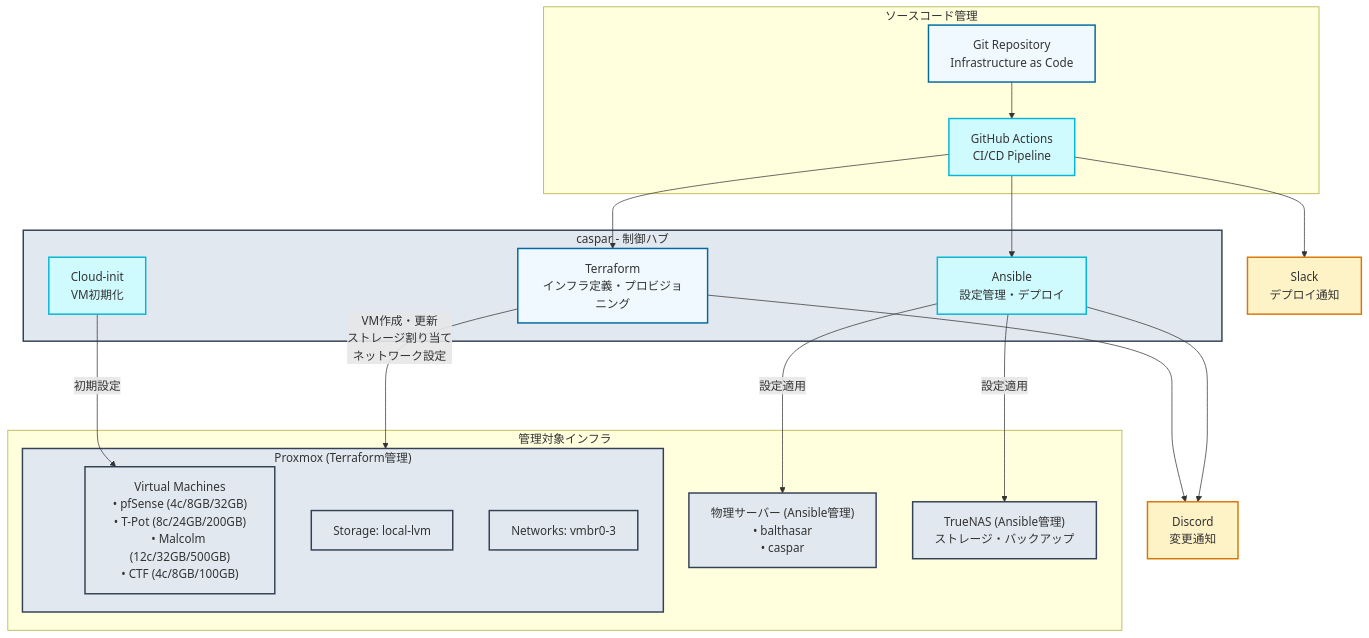
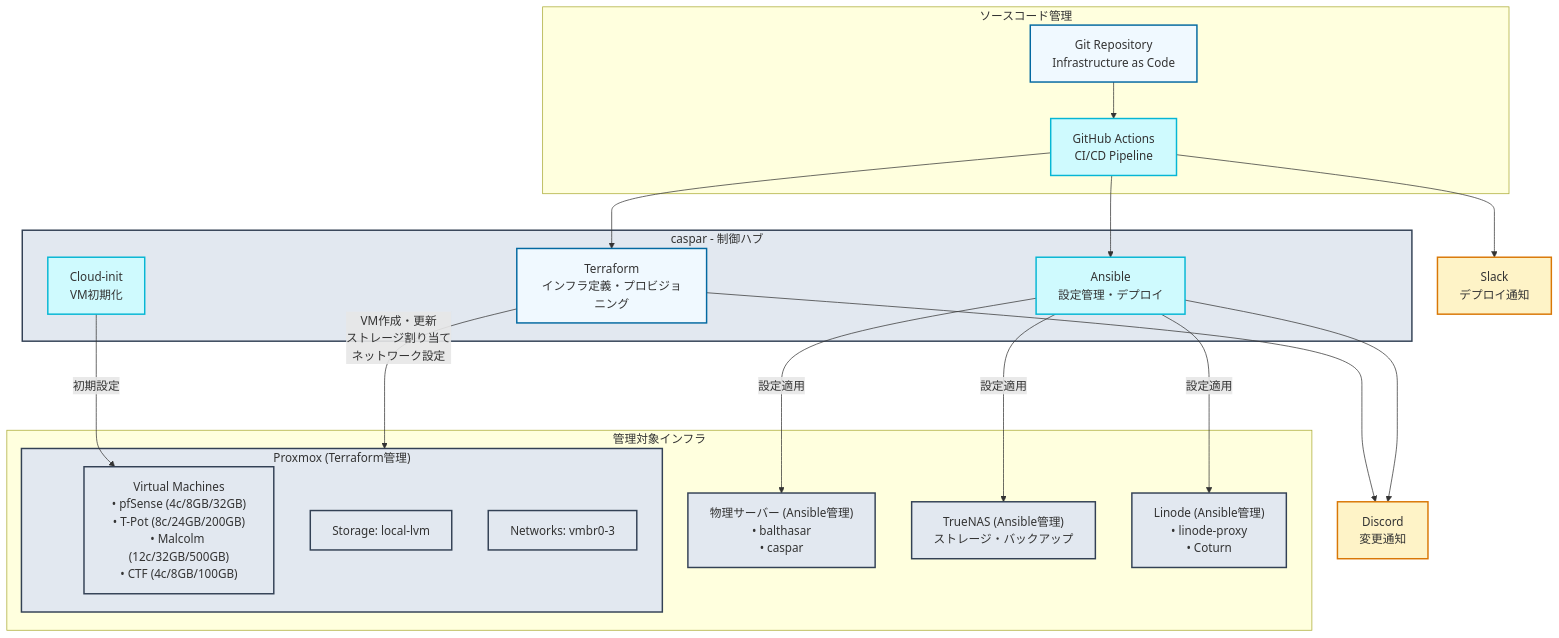
One commit to yamisskey-dev/yamisskey-host changed the third of 10 diagrams in README.md. Above: the diagram before and after it, drawn with Mermaid. The commit also changed other lines of this file, not shown here.

````diff
--- a/README.md
+++ b/README.md
@@ -228,55 +243,57 @@
 ```mermaid
 graph TB
     %% Style definitions
     classDef iac fill:#f0f9ff,stroke:#0369a1,stroke-width:2px
     classDef automation fill:#cffafe,stroke:#06b6d4,stroke-width:2px
     classDef homeServer fill:#e2e8f0,stroke:#334155,stroke-width:2px
     classDef alert fill:#fef3c7,stroke:#d97706,stroke-width:2px
 
     %% Source Control
     subgraph source["ソースコード管理"]
         git["Git Repository<br/>Infrastructure as Code"]:::iac
         actions["GitHub Actions<br/>CI/CD Pipeline"]:::automation
     end
 
     %% Control Plane
     subgraph caspar["caspar - 制御ハブ"]
         terraform["Terraform<br/>インフラ定義・プロビジョニング"]:::iac
         ansible["Ansible<br/>設定管理・デプロイ"]:::automation
         cloud_init["Cloud-init<br/>VM初期化"]:::automation
     end
 
     %% Managed Infrastructure
     subgraph infra["管理対象インフラ"]
         subgraph proxmox_infra["Proxmox (Terraform管理)"]
             proxmox_vms["Virtual Machines<br/>• pfSense (4c/8GB/32GB)<br/>• T-Pot (8c/24GB/200GB)<br/>• Malcolm (12c/32GB/500GB)<br/>• CTF (4c/8GB/100GB)"]:::homeServer
             proxmox_storage["Storage: local-lvm"]:::homeServer
             proxmox_network["Networks: vmbr0-3"]:::homeServer
         end
         physical["物理サーバー (Ansible管理)<br/>• balthasar<br/>• caspar"]:::homeServer
         truenas["TrueNAS (Ansible管理)<br/>ストレージ・バックアップ"]:::homeServer
+        linode["Linode (Ansible管理)<br/>• linode-proxy<br/>• Coturn"]:::homeServer
     end
 
     %% Notifications
     slack["Slack<br/>デプロイ通知"]:::alert
     discord["Discord<br/>変更通知"]:::alert
 
     %% Workflow
     git --> actions
     actions --> terraform
     actions --> ansible
     
     terraform -->|VM作成・更新<br/>ストレージ割り当て<br/>ネットワーク設定| proxmox_infra
     ansible -->|設定適用| physical
     ansible -->|設定適用| truenas
+    ansible -->|設定適用| linode
     cloud_init -->|初期設定| proxmox_vms
 
     %% Notifications
     actions --> slack
     terraform --> discord
     ansible --> discord
 
     %% Apply styles
     class caspar homeServer
     class proxmox_infra homeServer
 ```
````
